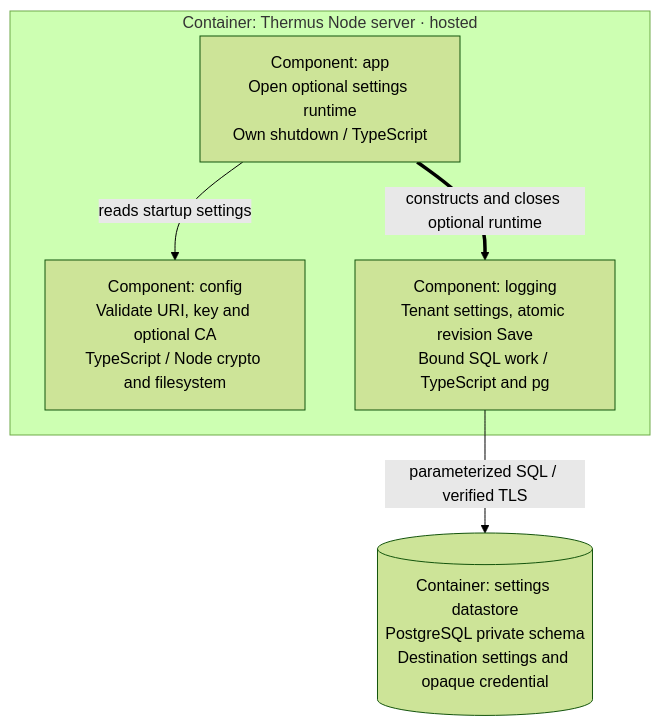
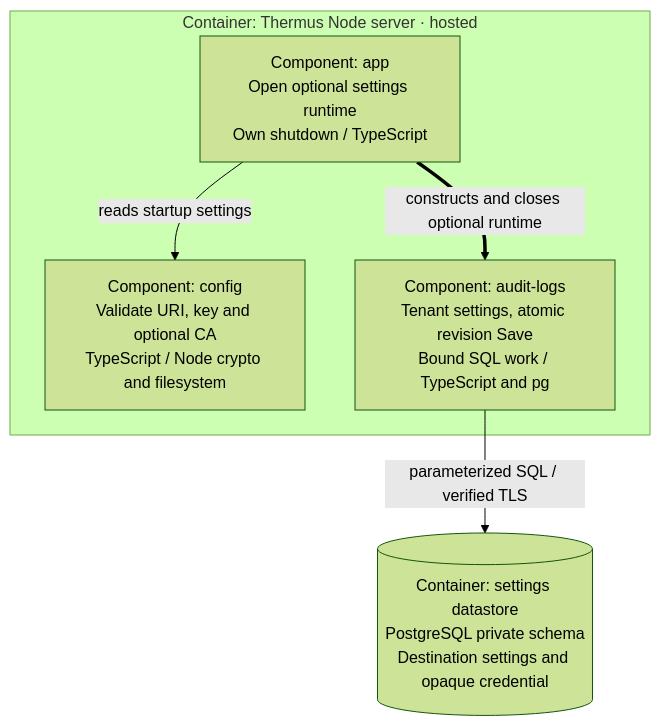
One commit to tomer-mayara/Thermus changed the sixth of 13 diagrams in architecture/components.md. Above: the diagram before and after it, drawn with Mermaid (forest theme). The commit also changed other lines of this file and 61 other files, not shown here.

Commit message:
Separate internal system logs from customer audit contracts

````diff
--- a/architecture/components.md
+++ b/architecture/components.md
@@ -243,12 +243,12 @@
 ```mermaid
 flowchart TB
   subgraph storage_server["Container: Thermus Node server · hosted"]
     storage_app["Component: app<br/>Open optional settings runtime<br/>Own shutdown / TypeScript"]
     storage_config["Component: config<br/>Validate URI, key and optional CA<br/>TypeScript / Node crypto and filesystem"]
-    storage_logging["Component: logging<br/>Tenant settings, atomic revision Save<br/>Bound SQL work / TypeScript and pg"]
+    storage_logging["Component: audit-logs<br/>Tenant settings, atomic revision Save<br/>Bound SQL work / TypeScript and pg"]
   end
   storage_data[("Container: settings datastore<br/>PostgreSQL private schema<br/>Destination settings and opaque credential")]
   storage_app -->|reads startup settings| storage_config
   storage_app ==>|constructs and closes optional runtime| storage_logging
   storage_logging -->|parameterized SQL / verified TLS| storage_data
 ```
````
